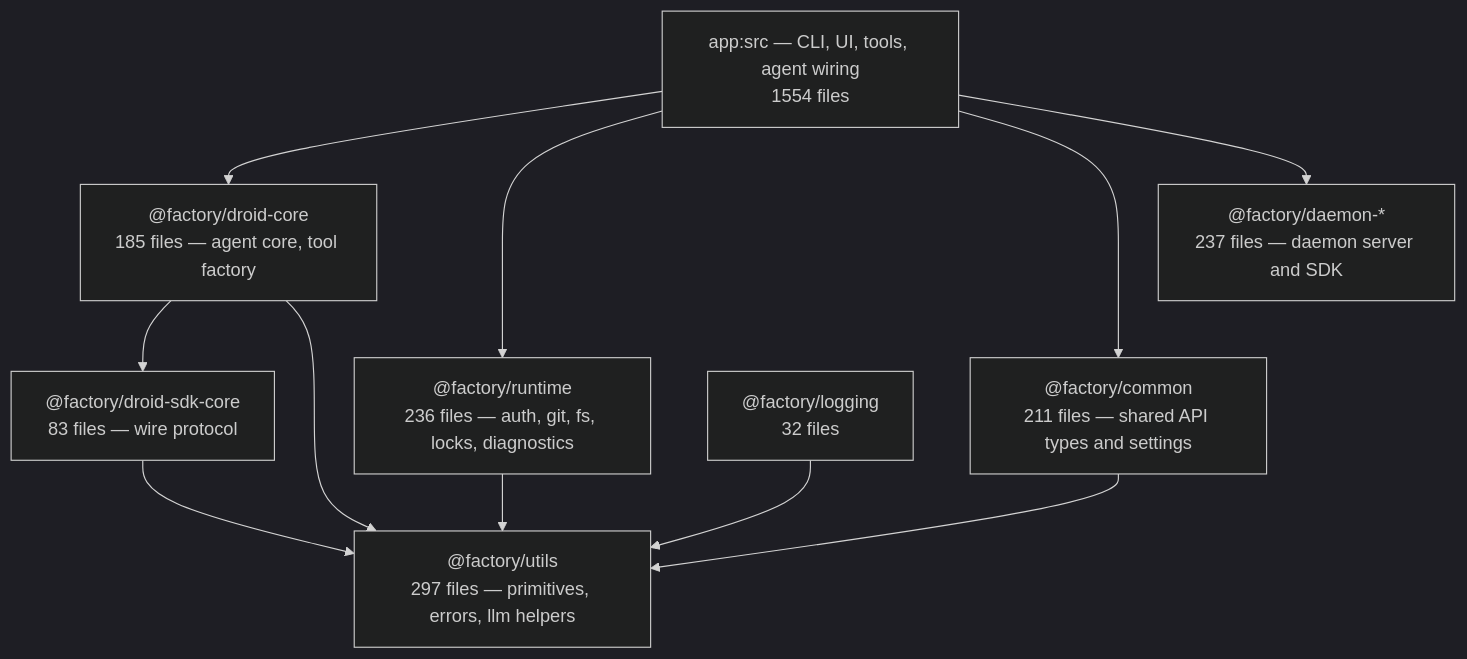
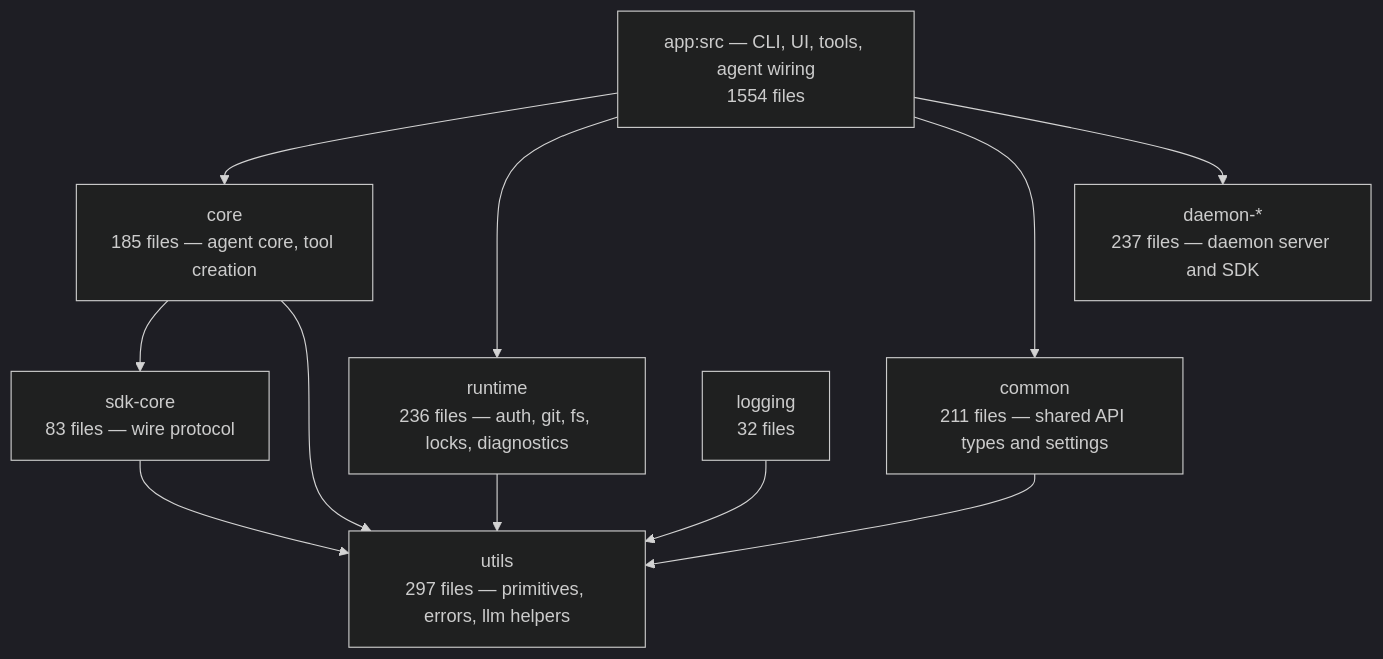
Before and after one commit to z3r0xc/droide: the diagram in docs/architecture/README.md, drawn with Mermaid (dark theme). The commit also changed other lines of this file and 239 other files, not shown here.

````diff
--- a/docs/architecture/README.md
+++ b/docs/architecture/README.md
@@ -9,13 +9,13 @@
 ```mermaid
 graph TD
-  A["app:src — CLI, UI, tools, agent wiring<br/>1554 files"] --> B["@factory/droid-core<br/>185 files — agent core, tool factory"]
-  A --> C["@factory/runtime<br/>236 files — auth, git, fs, locks, diagnostics"]
-  A --> D["@factory/common<br/>211 files — shared API types and settings"]
-  A --> E["@factory/daemon-*<br/>237 files — daemon server and SDK"]
-  B --> F["@factory/droid-sdk-core<br/>83 files — wire protocol"]
-  C --> G["@factory/utils<br/>297 files — primitives, errors, llm helpers"]
+  A["app:src — CLI, UI, tools, agent wiring<br/>1554 files"] --> B["core<br/>185 files — agent core, tool creation"]
+  A --> C["runtime<br/>236 files — auth, git, fs, locks, diagnostics"]
+  A --> D["common<br/>211 files — shared API types and settings"]
+  A --> E["daemon-*<br/>237 files — daemon server and SDK"]
+  B --> F["sdk-core<br/>83 files — wire protocol"]
+  C --> G["utils<br/>297 files — primitives, errors, llm helpers"]
   B --> G
   D --> G
   F --> G
-  H["@factory/logging<br/>32 files"] --> G
+  H["logging<br/>32 files"] --> G
 ```
````
